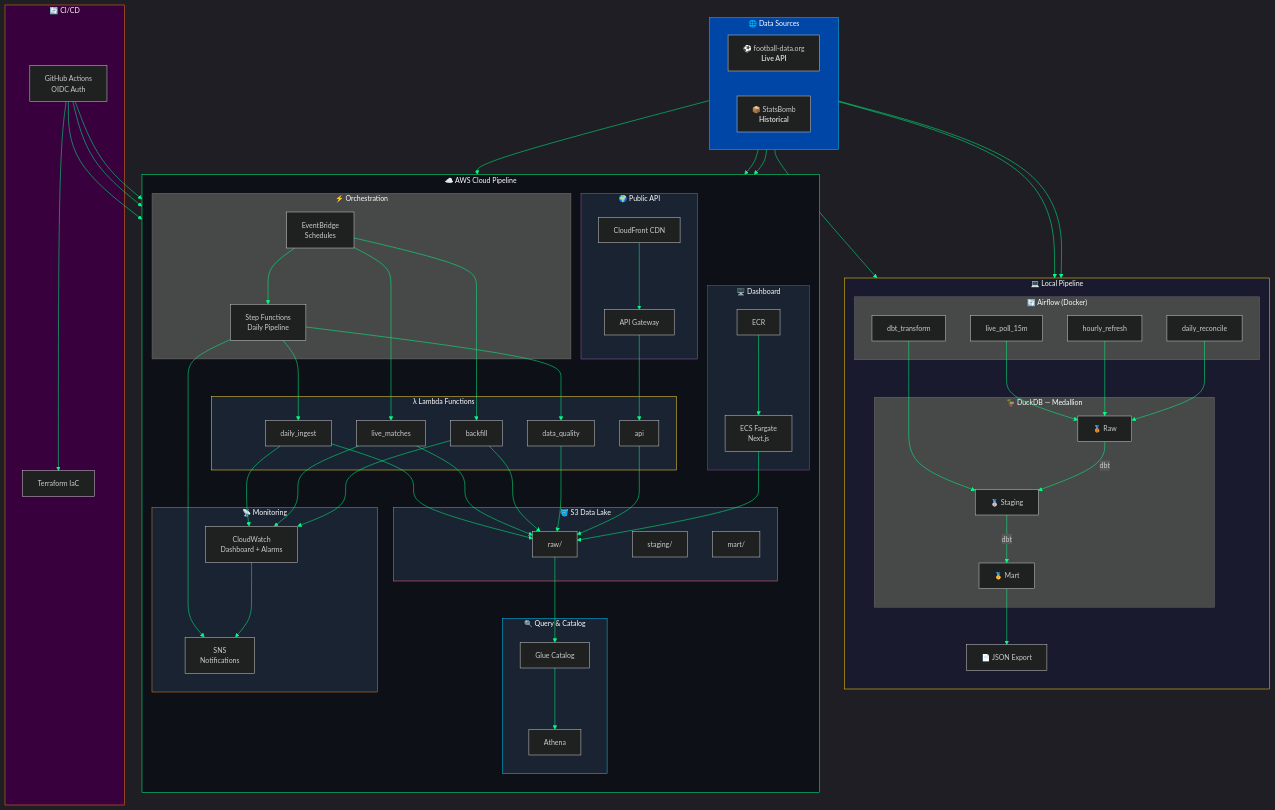
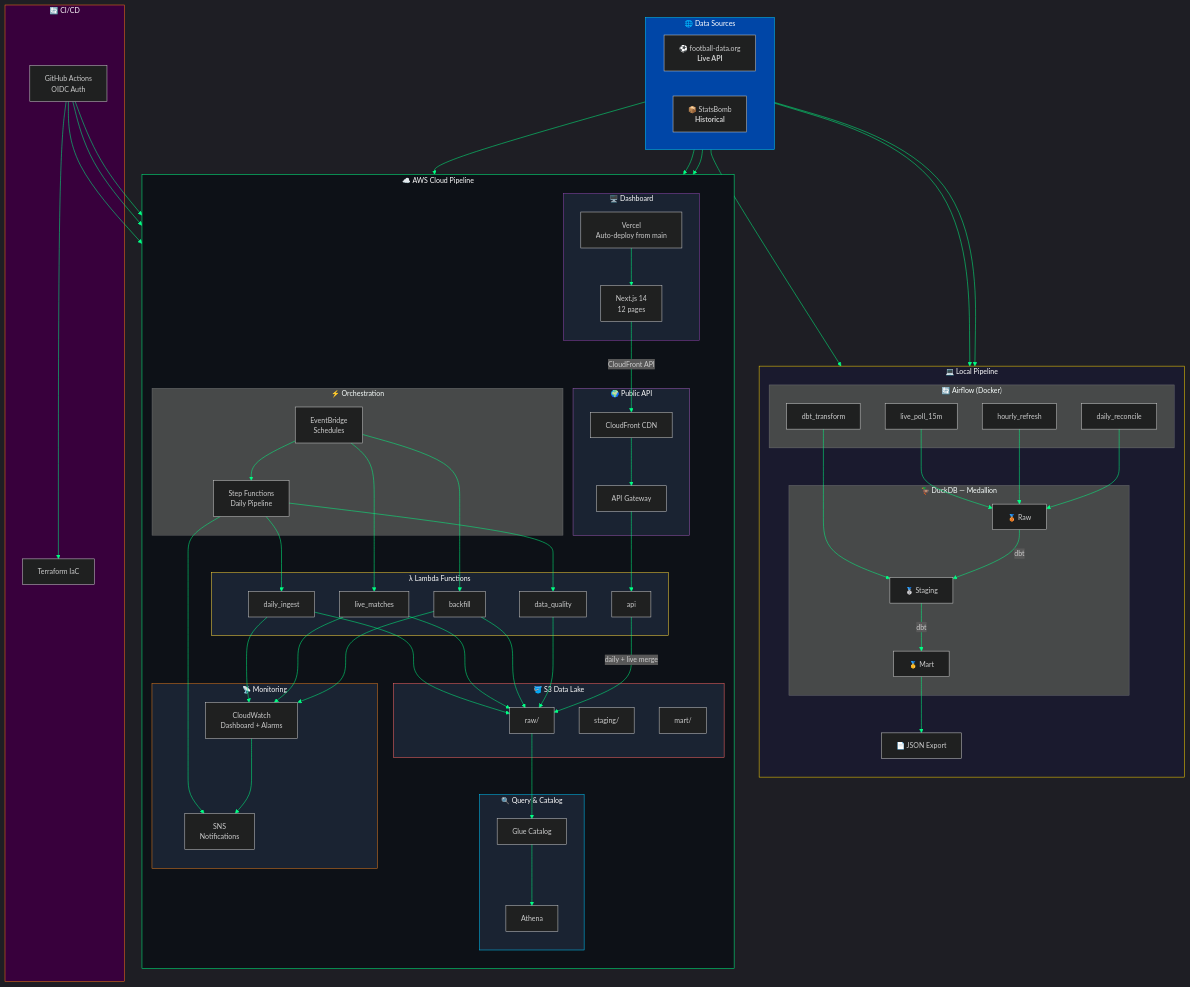
The diagram in docs/architecture.mmd (StarLord598/epl-pipeline-cloud), drawn with Mermaid before and after one commit. The commit also changed 2 other files, not shown here.

Commit message:
docs: update README + architecture for live API, FotMob fixtures, live merge (#21)
- Update dashboard page descriptions (Results → FotMob-style, Form/Race → derived from API)
- Update data refresh frequencies to reflect CloudFront API
- Expand ASCII architecture diagram with CloudFront API flow + live merge
- Document live score merge pattern in AWS_ARCHITECTURE.md
- Update Mermaid diagram: Vercel reads from CloudFront (not S3 directly), API does live merge
- Fix ECS Fargate → Vercel in Mermaid (actual deployment target)

```diff
--- a/docs/architecture.mmd
+++ b/docs/architecture.mmd
@@ -1,119 +1,119 @@
 %%{init: {'theme': 'dark', 'themeVariables': {'fontSize': '14px', 'primaryColor': '#38003c', 'lineColor': '#00ff85'}}}%%
 
 flowchart TB
     subgraph SRC["🌐 Data Sources"]
         direction LR
         A1["⚽ football-data.org<br/><b>Live API</b>"]
         A2["📦 StatsBomb<br/><b>Historical</b>"]
     end
 
     subgraph LOCAL["💻 Local Pipeline"]
         direction TB
         subgraph AIR["🔄 Airflow (Docker)"]
             B1["live_poll_15m"]
             B2["hourly_refresh"]
             B3["dbt_transform"]
             B4["daily_reconcile"]
         end
         subgraph DWH["🦆 DuckDB — Medallion"]
             C1["🥉 Raw"]
             C2["🥈 Staging"]
             C3["🥇 Mart"]
         end
         D1["📄 JSON Export"]
     end
 
     subgraph CLOUD["☁️ AWS Cloud Pipeline"]
         direction TB
         subgraph ORCH["⚡ Orchestration"]
             E1["EventBridge<br/>Schedules"]
             E2["Step Functions<br/>Daily Pipeline"]
         end
         subgraph LAMBDA["λ Lambda Functions"]
             F1["daily_ingest"]
             F2["live_matches"]
             F3["backfill"]
             F4["data_quality"]
             F5["api"]
         end
         subgraph LAKE["🪣 S3 Data Lake"]
             G1["raw/"]
             G2["staging/"]
             G3["mart/"]
         end
         subgraph QUERY["🔍 Query & Catalog"]
             H1["Glue Catalog"]
             H2["Athena"]
         end
         subgraph API["🌍 Public API"]
             I1["API Gateway"]
             I2["CloudFront CDN"]
         end
         subgraph DASH["🖥️ Dashboard"]
-            J1["ECR"]
-            J2["ECS Fargate<br/>Next.js"]
+            J1["Vercel<br/>Auto-deploy from main"]
+            J2["Next.js 14<br/>12 pages"]
         end
         subgraph MON["📡 Monitoring"]
             K1["CloudWatch<br/>Dashboard + Alarms"]
             K2["SNS<br/>Notifications"]
         end
     end
 
     subgraph CICD["🔄 CI/CD"]
         L1["GitHub Actions<br/>OIDC Auth"]
         L2["Terraform IaC"]
     end
 
     %% Source connections
     A1 --> B1 & B2
     A2 --> B4
     A1 --> F1 & F2 & F3
 
     %% Local flow
     B1 & B2 & B4 --> C1
     B3 --> C2
     C1 -->|dbt| C2 -->|dbt| C3
     C3 --> D1
 
     %% Cloud orchestration
     E1 --> E2
     E1 --> F2 & F3
     E2 --> F1
     E2 --> F4
     E2 --> K2
 
     %% Lambda to S3
     F1 & F2 & F3 --> G1
     F4 --> G1
 
     %% S3 to query
     G1 --> H1
     H1 --> H2
 
-    %% API flow
+    %% API flow — live merge
     I2 --> I1 --> F5
-    F5 --> G1
+    F5 -->|"daily + live merge"| G1
 
-    %% Dashboard
+    %% Dashboard reads from CloudFront
     J1 --> J2
-    J2 --> G1
+    J2 -->|"CloudFront API"| I2
 
     %% Monitoring
     F1 & F2 & F3 --> K1
     K1 --> K2
 
     %% CI/CD
     L1 --> L2
     L1 --> F1 & F2 & F3
 
     %% Styles
     style SRC fill:#0046A7,stroke:#00c8ff,color:#fff
     style LOCAL fill:#1a1a2e,stroke:#FFD700,color:#fff
     style CLOUD fill:#0d1117,stroke:#00ff85,color:#fff
     style CICD fill:#38003c,stroke:#f97316,color:#fff
     style LAKE fill:#1a2332,stroke:#ff6b6b,color:#fff
     style LAMBDA fill:#1a2332,stroke:#ffd93d,color:#fff
     style QUERY fill:#1a2332,stroke:#00c8ff,color:#fff
     style API fill:#1a2332,stroke:#9b59b6,color:#fff
     style DASH fill:#1a2332,stroke:#8e44ad,color:#fff
     style MON fill:#1a2332,stroke:#e67e22,color:#fff
```
